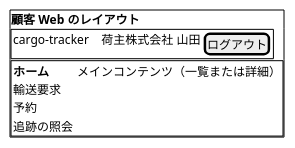
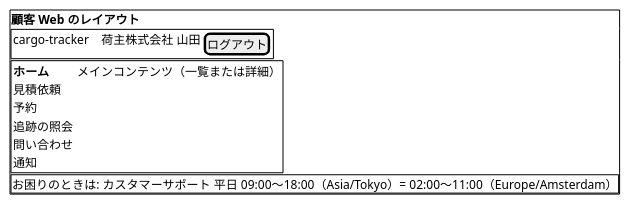
One commit to k2works/practical-domain-driven-design-in-enterpris-application changed the first of 21 diagrams in docs/design/cargo-tracker/ui_design.md. Above: the diagram before and after it, drawn with PlantUML. The commit also changed other lines of this file and 25 other files, not shown here.

````diff
--- a/docs/design/cargo-tracker/ui_design.md
+++ b/docs/design/cargo-tracker/ui_design.md
@@ -104,22 +137,27 @@
 ```plantuml
 @startsalt
 {+
   <b>顧客 Web のレイアウト
   {+
     { cargo-tracker | . | . | 荷主株式会社 山田 | [ログアウト] }
   }
   {+
     {
       <b>ホーム
-      輸送要求
+      見積依頼
       予約
       追跡の照会
+      問い合わせ
+      通知
     } | {
       メインコンテンツ（一覧または詳細）
       .
       .
     }
   }
+  {+
+    お困りのときは: カスタマーサポート 平日 09:00〜18:00（Asia/Tokyo）= 02:00〜11:00（Europe/Amsterdam）
+  }
 }
 @endsalt
 ```
````
